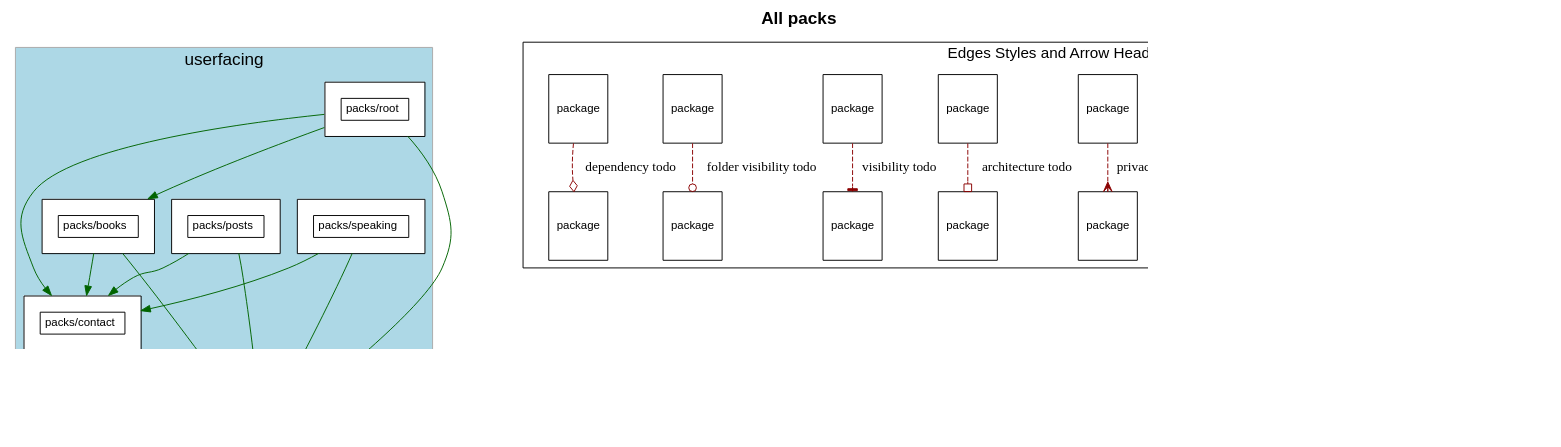
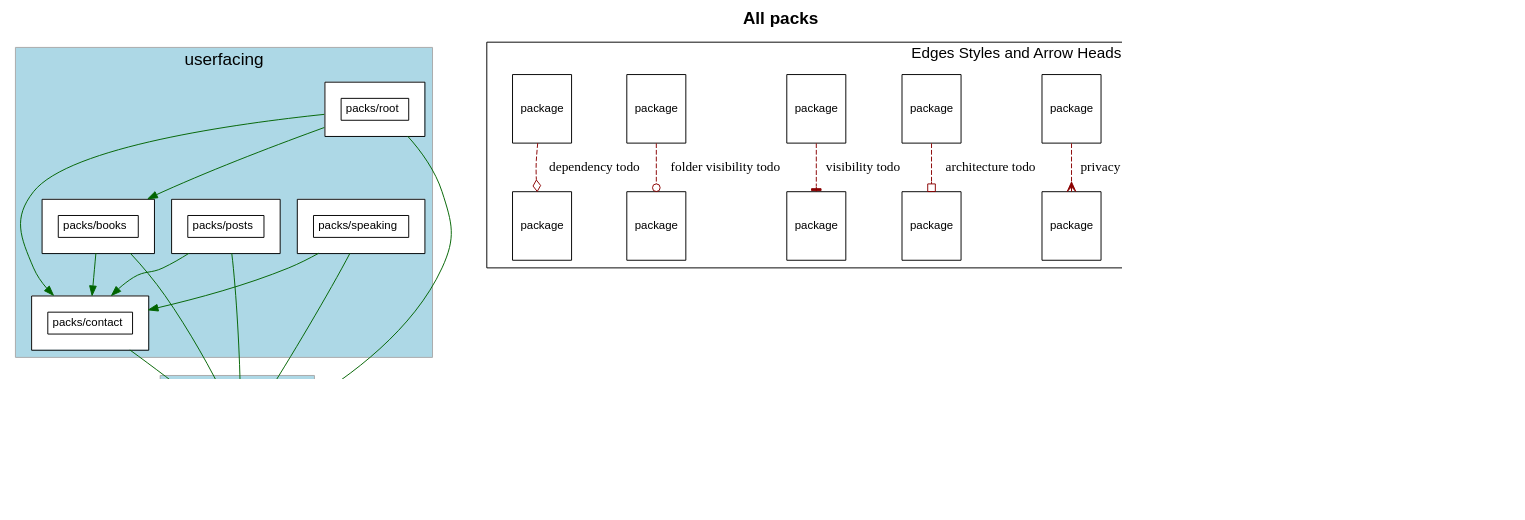
The diagram in packs.dot (shageman/stephanhagemann.com), drawn with Graphviz before and after one commit. The commit also changed 1 other file, not shown here.

Commit message:
Add nav_bar package

```diff
--- a/packs.dot
+++ b/packs.dot
@@ -1,186 +1,179 @@
 digraph package_diagram {
   rankdir=TD
   graph [
     labelloc="t"
     fontname="Helvetica,Arial,sans-serif"
     dpi=100
     layout=dot
     label=<<b>All packs</b><br/>>
     fontsize=18
   ]
   node [
     fontname="Helvetica,Arial,sans-serif"
     fontsize=26.0
     fontcolor=black
     fillcolor=white
     color=black
     height=1.0
     style=filled
     shape=plain
   ]
     subgraph userfacing {
       shape=box
       color=darkgrey
       fillcolor=lightblue
       style=filled
         label="userfacing"
         cluster=true
         rank = 0        "packs/books" [
             fontsize=12.0
             label= <
                 <table border='0' cellborder='1' cellspacing='0' cellpadding='16'><tr><td>
                   <table border='0' cellborder='1' cellspacing='0' cellpadding='4'>
                     <tr> <td port='private'> packs/books </td> </tr>
                   </table>
                   </td></tr>
                   </table>
               >
           ]
         
         "packs/contact" [
             fontsize=12.0
             label= <
                 <table border='0' cellborder='1' cellspacing='0' cellpadding='16'><tr><td>
                   <table border='0' cellborder='1' cellspacing='0' cellpadding='4'>
                     <tr> <td port='private'> packs/contact </td> </tr>
                   </table>
                   </td></tr>
                   </table>
               >
           ]
         
         "packs/posts" [
             fontsize=12.0
             label= <
                 <table border='0' cellborder='1' cellspacing='0' cellpadding='16'><tr><td>
                   <table border='0' cellborder='1' cellspacing='0' cellpadding='4'>
                     <tr> <td port='private'> packs/posts </td> </tr>
                   </table>
                   </td></tr>
                   </table>
               >
           ]
         
         "packs/root" [
             fontsize=12.0
             label= <
                 <table border='0' cellborder='1' cellspacing='0' cellpadding='16'><tr><td>
                   <table border='0' cellborder='1' cellspacing='0' cellpadding='4'>
                     <tr> <td port='private'> packs/root </td> </tr>
                   </table>
                   </td></tr>
                   </table>
               >
           ]
         
         "packs/speaking" [
             fontsize=12.0
             label= <
                 <table border='0' cellborder='1' cellspacing='0' cellpadding='16'><tr><td>
                   <table border='0' cellborder='1' cellspacing='0' cellpadding='4'>
                     <tr> <td port='private'> packs/speaking </td> </tr>
                   </table>
                   </td></tr>
                   </table>
               >
           ]
         
     }
     subgraph utility {
       shape=box
       color=darkgrey
       fillcolor=lightblue
       style=filled
         label="utility"
         cluster=true
-        rank = 1        "packs/nav_bar" [
-            fontsize=12.0
-            label= <
-                <table border='0' cellborder='1' cellspacing='0' cellpadding='16'><tr><td>
-                  <table border='0' cellborder='1' cellspacing='0' cellpadding='4'>
-                    <tr> <td port='private'> packs/nav_bar </td> </tr>
-                  </table>
-                  </td></tr>
-                  </table>
-              >
-          ]
-        
-        "packs/rails_shims" [
+        rank = 1        "packs/rails_shims" [
             fontsize=12.0
             label= <
                 <table border='0' cellborder='1' cellspacing='0' cellpadding='16'><tr><td>
                   <table border='0' cellborder='1' cellspacing='0' cellpadding='4'>
                     <tr> <td port='private'> packs/rails_shims </td> </tr>
                   </table>
                   </td></tr>
                   </table>
               >
           ]
         
     }
-              "packs/books" -> "packs/nav_bar" [ style=invis ]
-              "packs/contact" -> "packs/nav_bar" [ style=invis ]
-              "packs/posts" -> "packs/nav_bar" [ style=invis ]
-              "packs/root" -> "packs/nav_bar" [ style=invis ]
-              "packs/speaking" -> "packs/nav_bar" [ style=invis ]
               "packs/books" -> "packs/rails_shims" [ style=invis ]
               "packs/contact" -> "packs/rails_shims" [ style=invis ]
               "packs/posts" -> "packs/rails_shims" [ style=invis ]
               "packs/root" -> "packs/rails_shims" [ style=invis ]
               "packs/speaking" -> "packs/rails_shims" [ style=invis ]
     subgraph NotInLayer {
       shape=box
       color=darkgrey
       fillcolor=lightblue
       style=filled
         cluster=false
+        "packs/nav_bar" [
+            fontsize=12.0
+            label= <
+                <table border='0' cellborder='1' cellspacing='0' cellpadding='4'>
+                  <tr> <td align='left'> packs/nav_bar </td> </tr>
+                </table>
+              >
+          ]
+        
     }
+              "packs/rails_shims" -> "packs/nav_bar" [ style=invis ]
           "packs/books" -> "packs/rails_shims" [ color=darkgreen ]
           "packs/books" -> "packs/contact" [ color=darkgreen ]
           "packs/contact" -> "packs/rails_shims" [ color=darkgreen ]
           "packs/posts" -> "packs/rails_shims" [ color=darkgreen ]
           "packs/posts" -> "packs/contact" [ color=darkgreen ]
           "packs/root" -> "packs/rails_shims" [ color=darkgreen ]
           "packs/root" -> "packs/books" [ color=darkgreen ]
           "packs/root" -> "packs/contact" [ color=darkgreen ]
           "packs/speaking" -> "packs/rails_shims" [ color=darkgreen ]
           "packs/speaking" -> "packs/contact" [ color=darkgreen ]
     subgraph cluster_legend {
       fontsize=16
       label="Edges Styles and Arrow Heads"
       A [ fontsize=12 shape=box label="package"]
       B [ fontsize=12 shape=box label="package"]
       A -> B [label="accepted dependency" color=darkgreen]
       M [ fontsize=12 shape=box label="package"]
       N [ fontsize=12 shape=box label="package"]
       M -> N [label="nested package" color=purple]
       O [ fontsize=12 shape=box label="package"]
       P [ fontsize=12 shape=box label="package"]
       O -> P [label="visible to" color=blue]
       C [ fontsize=12 shape=box label="package"]
       D [ fontsize=12 shape=box label="package"]
       C -> D [label="privacy todo" color=darkred style=dashed arrowhead=crow]
       E [ fontsize=12 shape=box label="package"]
       F [ fontsize=12 shape=box label="package"]
       E -> F [label="architecture todo" color=darkred style=dashed arrowhead=obox]
       G [ fontsize=12 shape=box label="package"]
       H [ fontsize=12 shape=box label="package"]
       G -> H [label="visibility todo" color=darkred style=dashed arrowhead=tee]
       I [ fontsize=12 shape=box label="package"]
       J [ fontsize=12 shape=box label="package"]
       I -> J [label="folder visibility todo" color=darkred style=dashed arrowhead=odot]
       K [ fontsize=12 shape=box label="package"]
       L [ fontsize=12 shape=box label="package"]
       K -> L [label="dependency todo" color=darkred style=dashed arrowhead=odiamond]
       LEGEND_NODE_1 [ label="" peripheries=0 height=0 width=0 style=invis ]
       LEGEND_NODE_2 [ label="" peripheries=0 height=0 width=0 style=invis ]
       LEGEND_NODE_1 -> LEGEND_NODE_2 [ style=invis ]
     }
   subgraph cluster_teams_legend {
     fontsize=16
     label="Team Colors"
 
 
   }
     LEGEND_NODE_2 -> "" [style=invis]
 }
```
